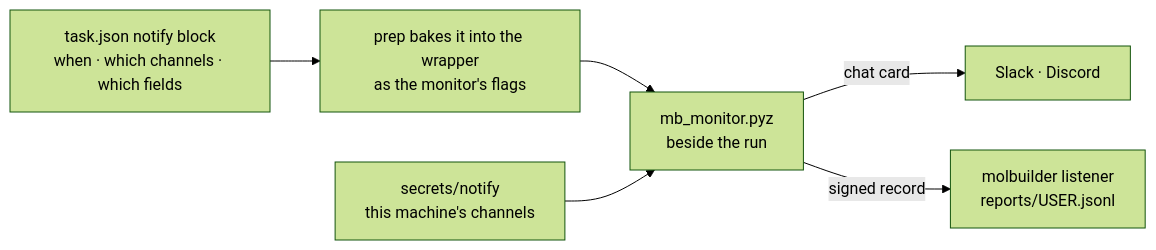
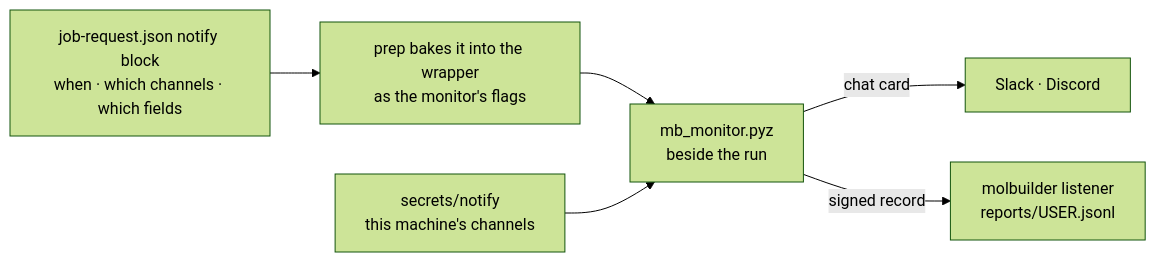
One commit to Qing-LAB/molbuilder changed the first of 3 diagrams in docs/execution/run-reports.md. Above: the diagram before and after it, drawn with Mermaid (forest theme). The commit also changed other lines of this file and 196 other files, not shown here.

````diff
--- a/docs/execution/run-reports.md
+++ b/docs/execution/run-reports.md
@@ -31,13 +31,13 @@
 ```mermaid
 flowchart LR
-    T["task.json notify block<br/>when · which channels · which fields"]
+    T["job-request.json notify block<br/>when · which channels · which fields"]
     P["prep bakes it into the wrapper<br/>as the monitor's flags"]
     M["mb_monitor.pyz<br/>beside the run"]
     F["secrets/notify<br/>this machine's channels"]
     S["Slack · Discord"]
     L["molbuilder listener<br/>reports/USER.jsonl"]
     T --> P --> M
     F --> M
     M -->|"chat card"| S
     M -->|"signed record"| L
 ```
````
